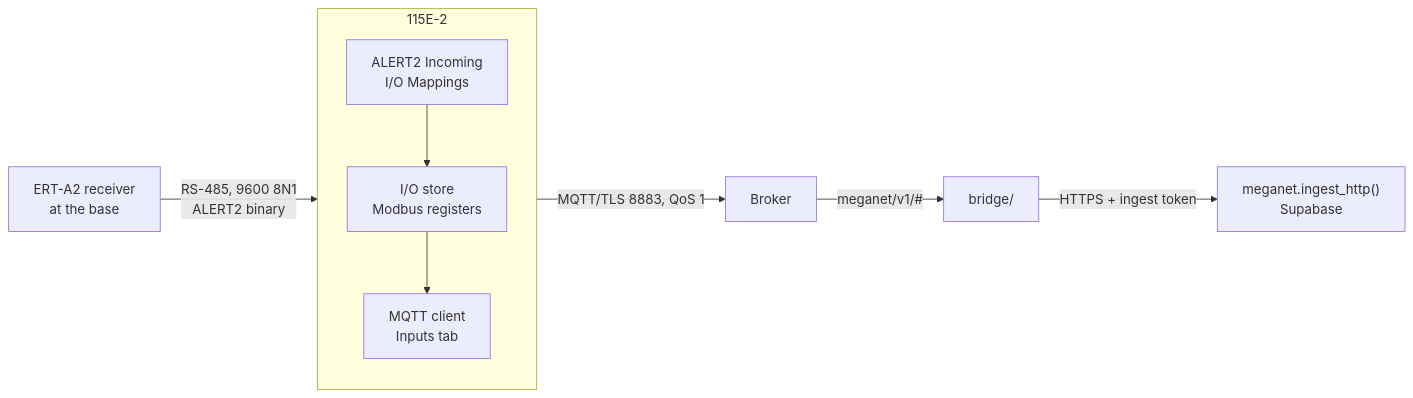
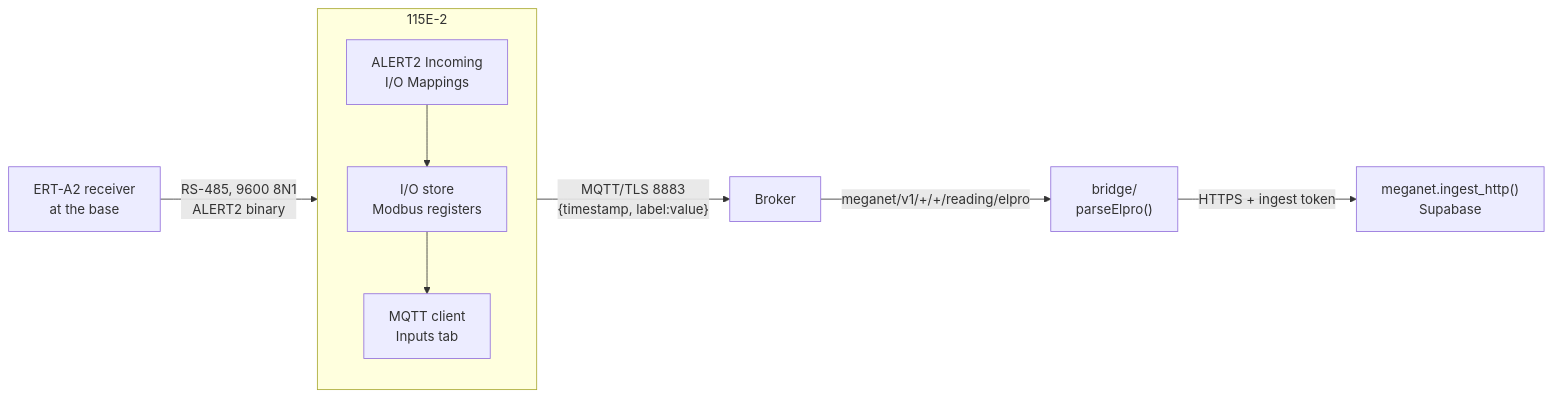
Before and after one commit to cdomotor-g/MegaNet: the diagram in docs/elpro115e_mqtt.md, drawn with Mermaid. The commit also changed other lines of this file and 3 other files, not shown here.

First line of the commit message:
The ELPRO MQTT guide answers it: plain mode is JSON, and the topic is ours to spell

````diff
--- a/docs/elpro115e_mqtt.md
+++ b/docs/elpro115e_mqtt.md
@@ -114,12 +178,12 @@
 ```mermaid
 flowchart LR
     ERT["ERT-A2 receiver<br/>at the base"] -- "RS-485, 9600 8N1<br/>ALERT2 binary" --> GW
     subgraph GW["115E-2"]
       direction TB
       A2["ALERT2 Incoming<br/>I/O Mappings"] --> REG["I/O store<br/>Modbus registers"]
       REG --> MQ["MQTT client<br/>Inputs tab"]
     end
-    MQ -- "MQTT/TLS 8883, QoS 1" --> BR["Broker"]
-    BR -- "meganet/v1/#" --> BG["bridge/"]
+    MQ -- "MQTT/TLS 8883<br/>{timestamp, label:value}" --> BR["Broker"]
+    BR -- "meganet/v1/+/+/reading/elpro" --> BG["bridge/<br/>parseElpro()"]
     BG -- "HTTPS + ingest token" --> PG["meganet.ingest_http()<br/>Supabase"]
 ```
````
